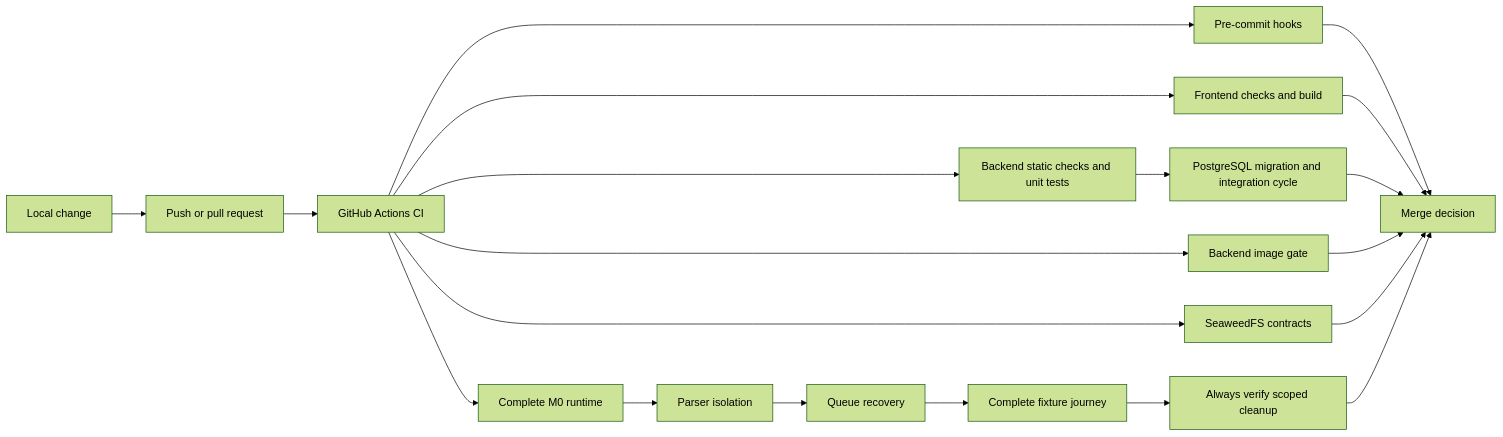
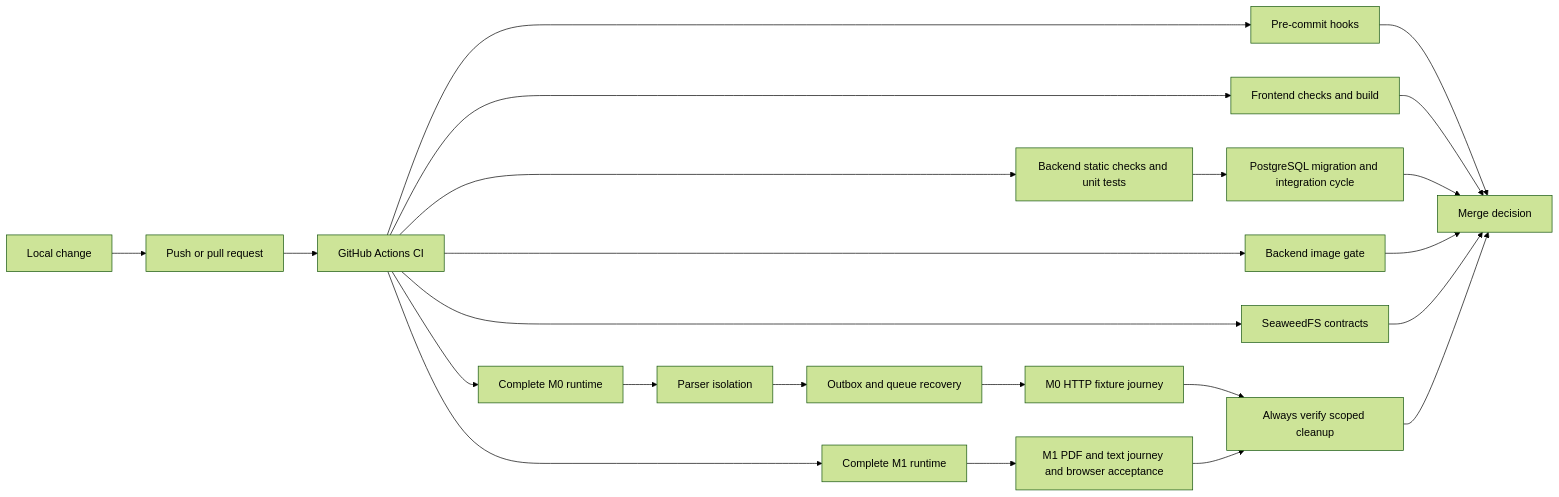
One commit to rnkraus/investment-research changed the diagram in .github/AUTOMATION.md. Above: the diagram before and after it, drawn with Mermaid (forest theme). The commit also changed other lines of this file and 15 other files, not shown here.

````diff
--- a/.github/AUTOMATION.md
+++ b/.github/AUTOMATION.md
@@ -13,22 +15,25 @@
 ```mermaid
 flowchart LR
     CHANGE[Local change] --> PUSH[Push or pull request]
     PUSH --> CI[GitHub Actions CI]
     CI --> PRECOMMIT[Pre-commit hooks]
     CI --> FRONTEND[Frontend checks and build]
     CI --> BACKEND[Backend static checks and unit tests]
     CI --> IMAGES[Backend image gate]
     CI --> STORAGE[SeaweedFS contracts]
-    CI --> RUNTIME[Complete M0 runtime]
+    CI --> M0[Complete M0 runtime]
+    CI --> M1[Complete M1 runtime]
     BACKEND --> POSTGRES[PostgreSQL migration and integration cycle]
-    RUNTIME --> PARSER[Parser isolation]
-    PARSER --> RECOVERY[Queue recovery]
-    RECOVERY --> JOURNEY[Complete fixture journey]
+    M0 --> PARSER[Parser isolation]
+    PARSER --> RECOVERY[Outbox and queue recovery]
+    RECOVERY --> JOURNEY[M0 HTTP fixture journey]
+    M1 --> BROWSER[M1 PDF and text journey and browser acceptance]
     JOURNEY --> CLEANUP[Always verify scoped cleanup]
+    BROWSER --> CLEANUP
     PRECOMMIT --> GATE[Merge decision]
     FRONTEND --> GATE[Merge decision]
     POSTGRES --> GATE
     IMAGES --> GATE
     STORAGE --> GATE
     CLEANUP --> GATE
 ```
````
